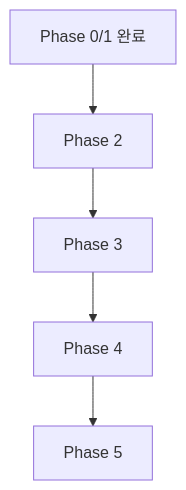
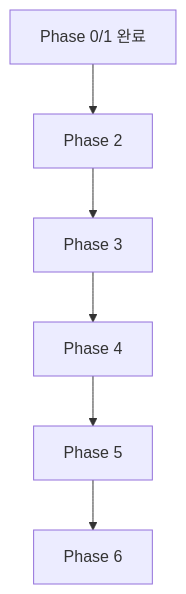
The diagram in doc/CODEX-IMPLEMENTATION-PLAN.md (jedikim/web-testing), drawn with Mermaid before and after one commit. The commit also changed other lines of this file and 30 other files, not shown here.

````diff
--- a/doc/CODEX-IMPLEMENTATION-PLAN.md
+++ b/doc/CODEX-IMPLEMENTATION-PLAN.md
@@ -158,7 +187,8 @@
 ```mermaid
 flowchart TD
     A["Phase 0/1 완료"] --> B["Phase 2"]
     B --> C["Phase 3"]
     C --> D["Phase 4"]
     D --> E["Phase 5"]
+    E --> F["Phase 6"]
 ```
````
